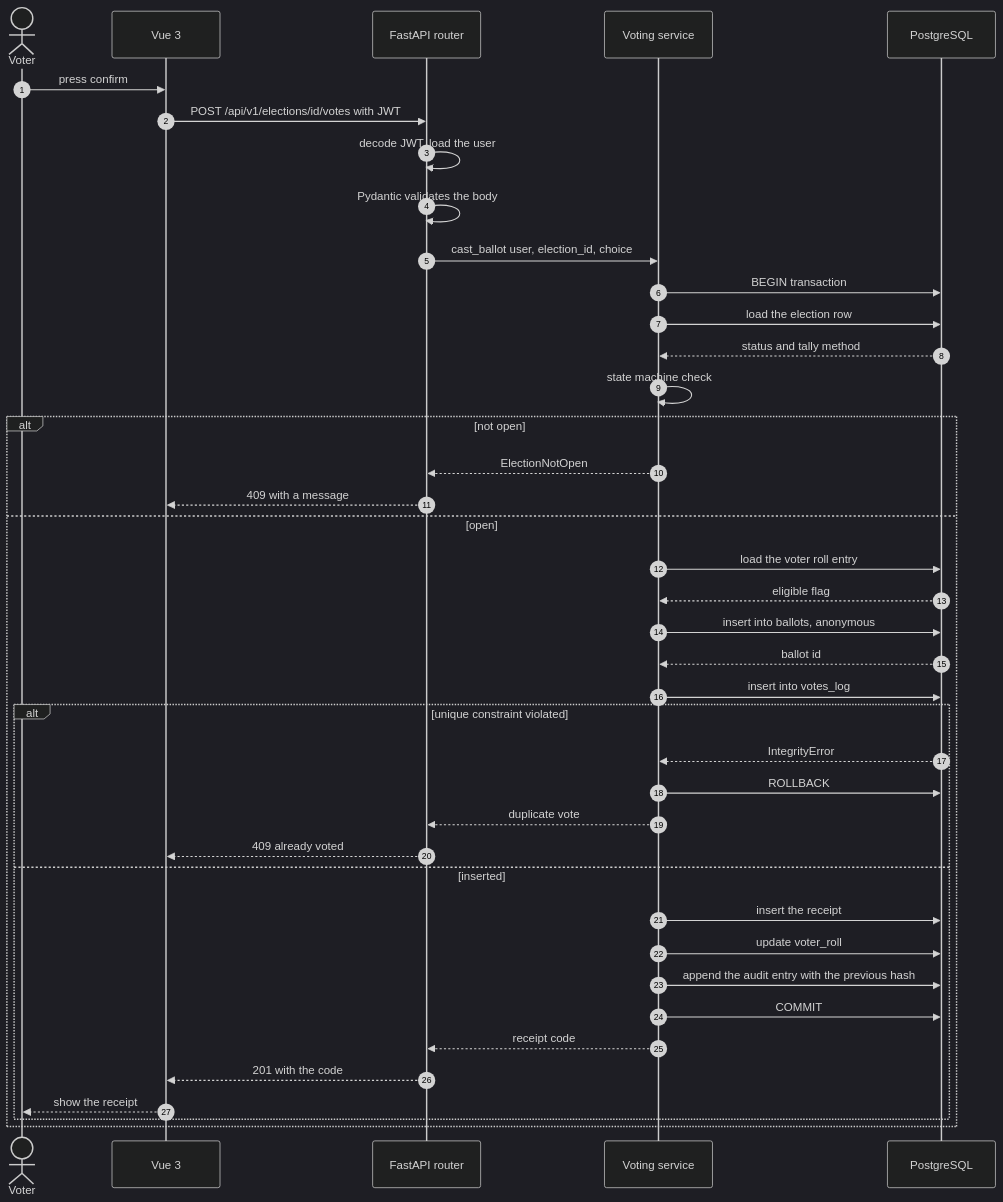
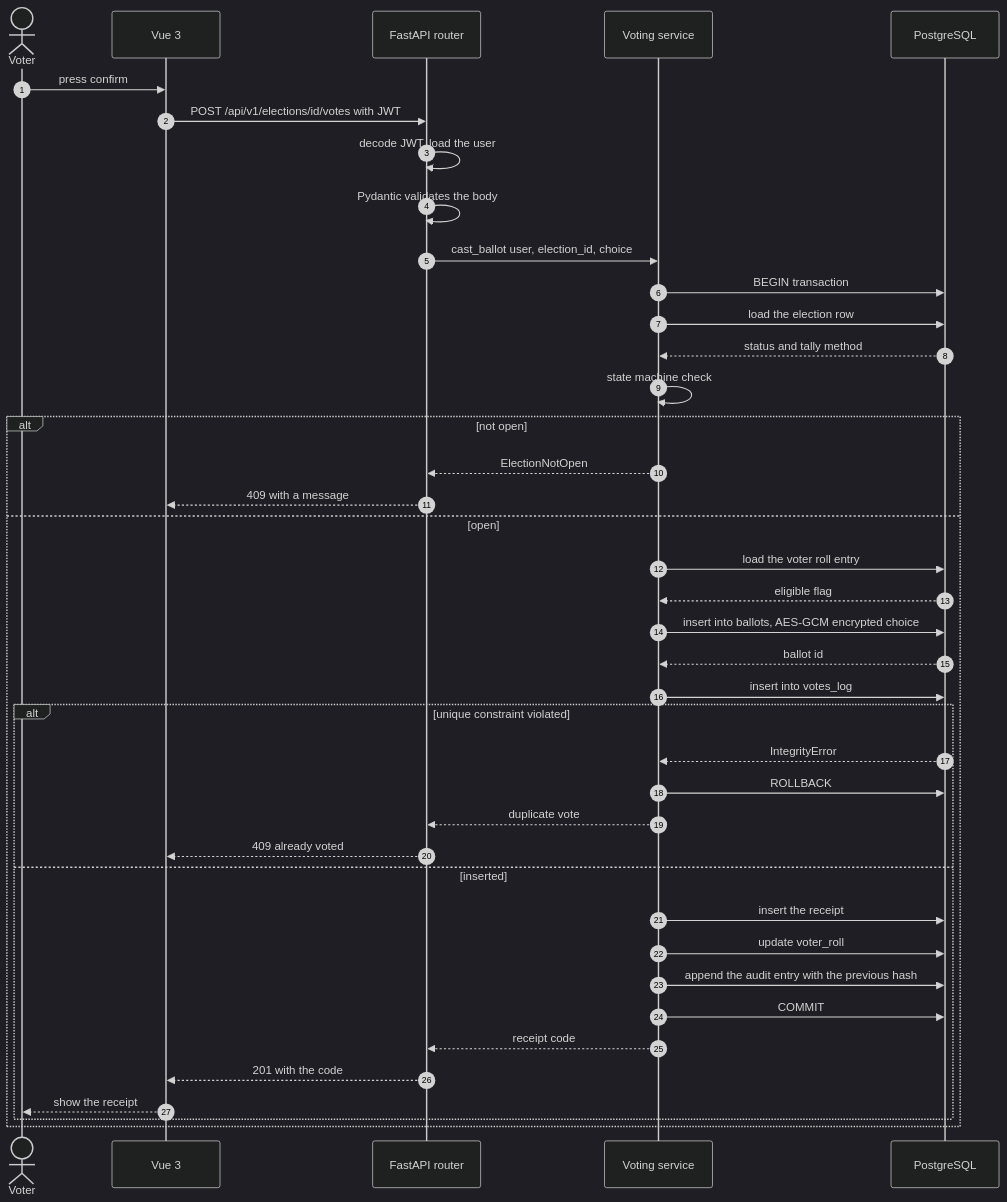
The fourth of 5 diagrams in docs/02-flowchart-with-tech-stack.md (David-echo/COMP3500_group_project), drawn with Mermaid (dark theme) before and after one commit. The commit also changed other lines of this file and 12 other files, not shown here.

````diff
--- a/docs/02-flowchart-with-tech-stack.md
+++ b/docs/02-flowchart-with-tech-stack.md
@@ -165,43 +165,43 @@
 ```mermaid
 sequenceDiagram
     autonumber
     actor V as Voter
     participant FE as Vue 3
     participant RT as FastAPI router
     participant SV as Voting service
     participant DB as PostgreSQL
 
     V->>FE: press confirm
     FE->>RT: POST /api/v1/elections/id/votes with JWT
     RT->>RT: decode JWT, load the user
     RT->>RT: Pydantic validates the body
     RT->>SV: cast_ballot user, election_id, choice
     SV->>DB: BEGIN transaction
     SV->>DB: load the election row
     DB-->>SV: status and tally method
     SV->>SV: state machine check
     alt not open
         SV-->>RT: ElectionNotOpen
         RT-->>FE: 409 with a message
     else open
         SV->>DB: load the voter roll entry
         DB-->>SV: eligible flag
-        SV->>DB: insert into ballots, anonymous
+        SV->>DB: insert into ballots, AES-GCM encrypted choice
         DB-->>SV: ballot id
         SV->>DB: insert into votes_log
         alt unique constraint violated
             DB-->>SV: IntegrityError
             SV->>DB: ROLLBACK
             SV-->>RT: duplicate vote
             RT-->>FE: 409 already voted
         else inserted
             SV->>DB: insert the receipt
             SV->>DB: update voter_roll
             SV->>DB: append the audit entry with the previous hash
             SV->>DB: COMMIT
             SV-->>RT: receipt code
             RT-->>FE: 201 with the code
             FE-->>V: show the receipt
         end
     end
 ```
````
